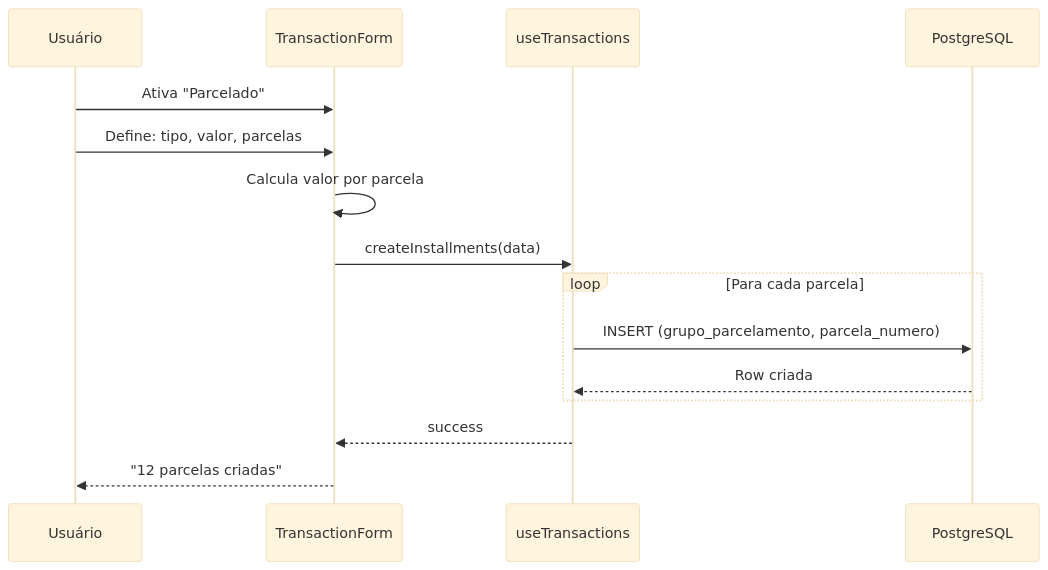
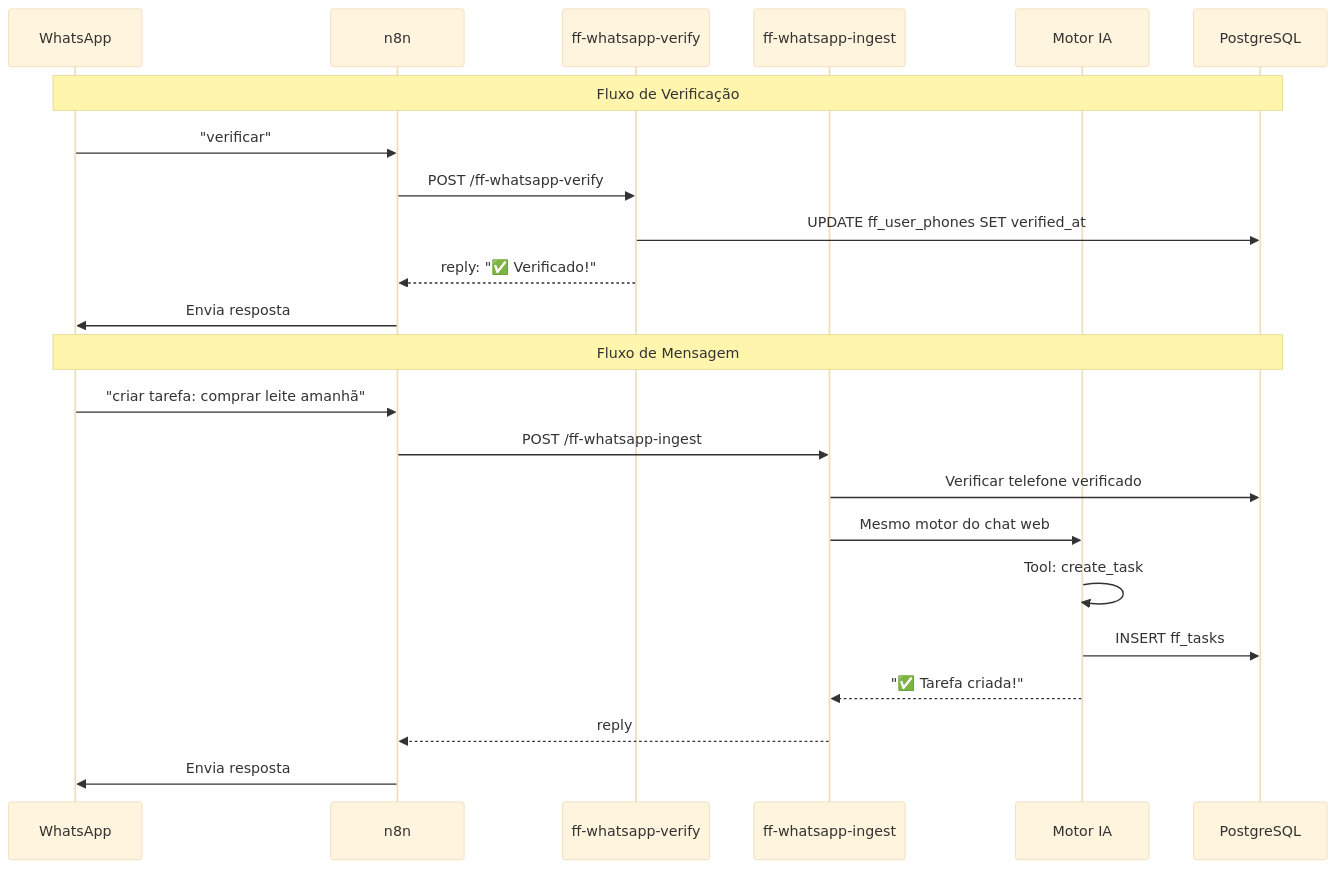
Before and after one commit to WesterlleyNeres/seu-dinheiro-planejado: the seventh of 8 diagrams in DOCUMENTATION.md, drawn with Mermaid (base theme). The commit also changed other lines of this file and 5 other files, not shown here.

````diff
--- a/DOCUMENTATION.md
+++ b/DOCUMENTATION.md
@@ -1855,20 +1408,27 @@
 ```mermaid
 sequenceDiagram
-    participant U as Usuário
-    participant F as TransactionForm
-    participant H as useTransactions
+    participant W as WhatsApp
+    participant N as n8n
+    participant V as ff-whatsapp-verify
+    participant I as ff-whatsapp-ingest
+    participant AI as Motor IA
     participant DB as PostgreSQL
     
-    U->>F: Ativa "Parcelado"
-    U->>F: Define: tipo, valor, parcelas
-    F->>F: Calcula valor por parcela
-    F->>H: createInstallments(data)
+    Note over W,DB: Fluxo de Verificação
+    W->>N: "verificar"
+    N->>V: POST /ff-whatsapp-verify
+    V->>DB: UPDATE ff_user_phones SET verified_at
+    V-->>N: reply: "✅ Verificado!"
+    N->>W: Envia resposta
     
-    loop Para cada parcela
-        H->>DB: INSERT (grupo_parcelamento, parcela_numero)
-        DB-->>H: Row criada
-    end
-    
-    H-->>F: success
-    F-->>U: "12 parcelas criadas"
+    Note over W,DB: Fluxo de Mensagem
+    W->>N: "criar tarefa: comprar leite amanhã"
+    N->>I: POST /ff-whatsapp-ingest
+    I->>DB: Verificar telefone verificado
+    I->>AI: Mesmo motor do chat web
+    AI->>AI: Tool: create_task
+    AI->>DB: INSERT ff_tasks
+    AI-->>I: "✅ Tarefa criada!"
+    I-->>N: reply
+    N->>W: Envia resposta
 ```
````
